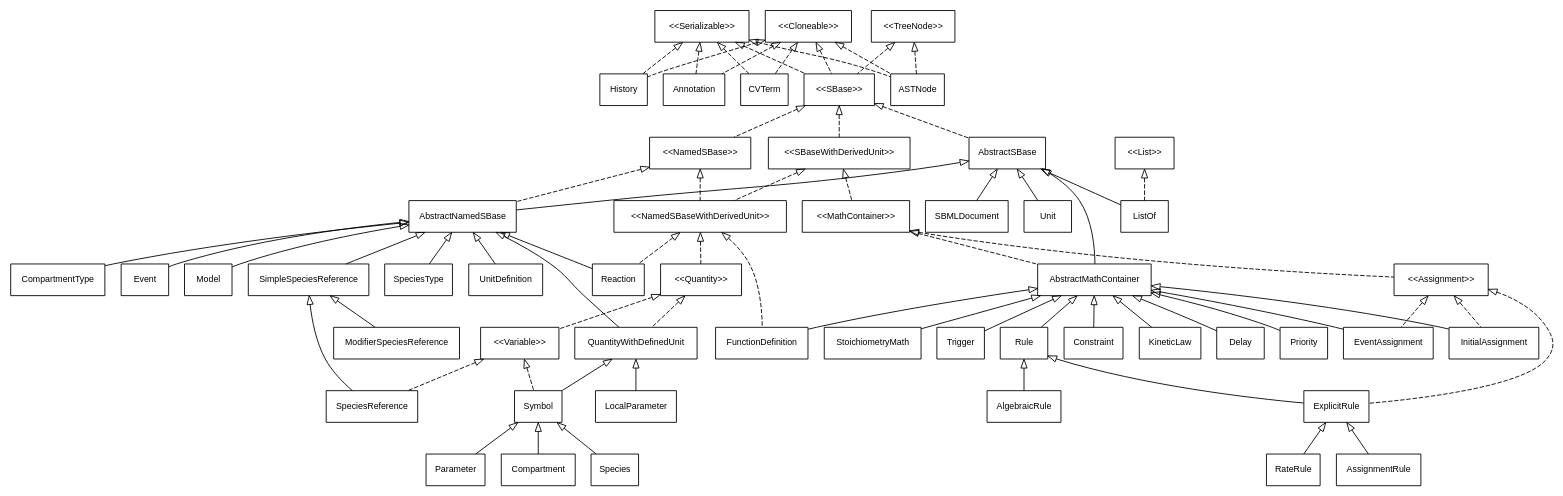
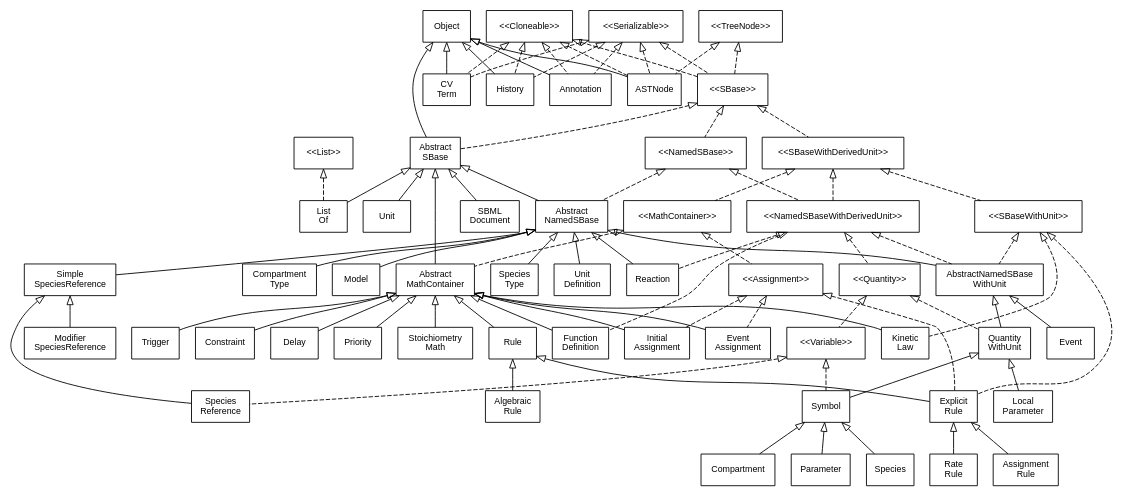
One commit to sbmlteam/jsbml changed the diagram in doc/FullTypeHierarchy.dot. Above: the diagram before and after it, drawn with Graphviz. The commit also changed 25 other files, not shown here.

```diff
--- a/doc/FullTypeHierarchy.dot
+++ b/doc/FullTypeHierarchy.dot
@@ -19,126 +19,157 @@
 	    fontsize=10,
 	    shape=box
 	  ];
+
+  /*
+   * Interfaces
+   */
+     
+  Assignment                               [label="<<Assignment>>"];
+  Cloneable                                [label="<<Cloneable>>"];
+  List                                     [label="<<List>>"];
+  MathContainer                            [label="<<MathContainer>>"];
+  NamedSBase                               [label="<<NamedSBase>>"];
+  NamedSBaseWithDerivedUnit                [label="<<NamedSBaseWithDerivedUnit>>"];
+  Quantity                                 [label="<<Quantity>>"];
+  SBaseWithDerivedUnit                     [label="<<SBaseWithDerivedUnit>>"];
+  SBaseWithUnit                            [label="<<SBaseWithUnit>>"];
+  SBase                                    [label="<<SBase>>"];
+  Serializable                             [label="<<Serializable>>"];
+  TreeNode                                 [label="<<TreeNode>>"];
+  Variable                                 [label="<<Variable>>"];
   
-  Cloneable                 [label="<<Cloneable>>"];
-  Serializable              [label="<<Serializable>>"];
-  TreeNode                  [label="<<TreeNode>>"];
-  ASTNode                   [label="ASTNode"];
-  Annotation                [label="Annotation"];
-  CVTerm                    [label="CVTerm"];
-  History                   [label="History"];
-  SBase                     [label="<<SBase>>"];
-  namedSBase                [label="<<NamedSBase>>"];
-  NamedSBaseWithDerivedUnit [label="<<NamedSBaseWithDerivedUnit>>"];
-  MathContainer             [label="<<MathContainer>>"];
-  Assignment                [label="<<Assignment>>"];
-  AbstractMathContainer     [label="AbstractMathContainer"];
-  AbstractNamedSBase        [label="AbstractNamedSBase"];
-  FunctionDefinition        [label=FunctionDefinition];
-  AbstractSBase             [label="AbstractSBase"];
-  ListOf                    [label="ListOf"];
-  List                      [label="<<List>>"];
-  Rule                      [label="Rule"];
-  Constraint                [label="Constraint"];
-  AlgebraicRule             [label="AlgebraicRule"];
-  ExplicitRule              [label="ExplicitRule"];
-  AssignmentRule            [label="AssignmentRule"];
-  KineticLaw                [label="KineticLaw"];
-  SBMLDocument              [label="SBMLDocument"];
-  Unit                      [label="Unit"];
-  Delay                     [label="Delay"];
-  Reaction                  [label="Reaction"];
-  Priority                  [label="Priority"];
-  RateRule                  [label="RateRule"];
-  CompartmentType           [label="CompartmentType"];
-  Event                     [label="Event"];
-  EventAssignment           [label="EventAssignment"];
-  Model                     [label="Model"];
-  SimpleSpeciesReference    [label="SimpleSpeciesReference"];
-  SpeciesType               [label="SpeciesType"];
-  InitialAssignment         [label="InitialAssignment"];
-  UnitDefinition            [label="UnitDefinition"];
-  StoichiometryMath         [label="StoichiometryMath"];
-  Delay                     [label="Delay"];
-  SpeciesReference          [label="SpeciesReference"];
-  ModifierSpeciesReference  [label="ModifierSpeciesReference"];
-  QuantityWithDefinedUnit   [label="QuantityWithDefinedUnit"];
-  Quantity                  [label="<<Quantity>>"];
-  SBaseWithDerivedUnit      [label="<<SBaseWithDerivedUnit>>"];
-  Variable                  [label="<<Variable>>"];
-  Symbol                    [label="Symbol"];
-  Parameter                 [label="Parameter"];
-  Compartment               [label="Compartment"];
-  Species                   [label="Species"];
-  LocalParameter            [label="LocalParameter"];
-  Trigger                   [label="Trigger"];
+  /*
+   * Abstract data types
+   */
   
+  AbstractMathContainer                    [label="Abstract\nMathContainer"];
+  AbstractNamedSBase                       [label="Abstract\nNamedSBase"];
+  AbstractNamedSBaseWithUnit                    [label="AbstractNamedSBase\nWithUnit"];
+  AbstractSBase                            [label="Abstract\nSBase"];
+  ExplicitRule                             [label="Explicit\nRule"];
+  Rule                                     [label="Rule"];
+  SimpleSpeciesReference                   [label="Simple\nSpeciesReference"];
+  QuantityWithUnit                         [label="Quantity\nWithUnit"];
+  Symbol                                   [label="Symbol"];
 
-  Cloneable                 -> SBase                     [dir=back,arrowtail=empty,style=dashed];
-  Cloneable                 -> ASTNode                   [dir=back,arrowtail=empty,style=dashed];
-  Cloneable                 -> History                   [dir=back,arrowtail=empty,style=dashed];
-  Cloneable                 -> CVTerm                    [dir=back,arrowtail=empty,style=dashed];
-  Cloneable                 -> Annotation                [dir=back,arrowtail=empty,style=dashed];
-  Serializable              -> SBase                     [dir=back,arrowtail=empty,style=dashed];
-  Serializable              -> History                   [dir=back,arrowtail=empty,style=dashed];
-  Serializable              -> CVTerm                    [dir=back,arrowtail=empty,style=dashed];
-  Serializable              -> Annotation                [dir=back,arrowtail=empty,style=dashed];
-  Serializable              -> ASTNode                   [dir=back,arrowtail=empty,style=dashed];
-  TreeNode                  -> SBase                     [dir=back,arrowtail=empty,style=dashed];
-  TreeNode                  -> ASTNode                   [dir=back,arrowtail=empty,style=dashed];
-  SBase                     -> namedSBase                [dir=back,arrowtail=empty,style=dashed];
-  SBase                     -> SBaseWithDerivedUnit      [dir=back,arrowtail=empty,style=dashed];
-  SBaseWithDerivedUnit      -> MathContainer             [dir=back,arrowtail=empty,style=dashed];
-  SBaseWithDerivedUnit      -> NamedSBaseWithDerivedUnit [dir=back,arrowtail=empty,style=dashed];
-  MathContainer             -> AbstractMathContainer     [dir=back,arrowtail=empty,style=dashed];
-  MathContainer             -> Assignment                [dir=back,arrowtail=empty,style=dashed];
-  AbstractMathContainer     -> FunctionDefinition        [dir=back,arrowtail=empty];
-  AbstractMathContainer     -> KineticLaw                [dir=back,arrowtail=empty];
-  SBase                     -> AbstractSBase             [dir=back,arrowtail=empty,style=dashed];
-  AbstractSBase             -> AbstractNamedSBase        [dir=back,arrowtail=empty];
-  namedSBase                -> AbstractNamedSBase        [dir=back,arrowtail=empty,style=dashed];
-  AbstractNamedSBase        -> Reaction                  [dir=back,arrowtail=empty];
-  AbstractSBase             -> ListOf                    [dir=back,arrowtail=empty];
-  List                      -> ListOf                    [dir=back,arrowtail=empty,style=dashed];
-  AbstractSBase             -> SBMLDocument              [dir=back,arrowtail=empty];
-  AbstractSBase             -> Unit                      [dir=back,arrowtail=empty];
-  AbstractSBase             -> AbstractMathContainer     [dir=back,arrowtail=empty];
-  AbstractMathContainer     -> Constraint                [dir=back,arrowtail=empty];
-  AbstractMathContainer     -> Delay                     [dir=back,arrowtail=empty];
-  AbstractMathContainer     -> EventAssignment           [dir=back,arrowtail=empty];
-  AbstractMathContainer     -> InitialAssignment         [dir=back,arrowtail=empty];
-  AbstractMathContainer     -> KineticLaw                [dir=back,arrowtail=empty];
-  AbstractMathContainer     -> Rule                      [dir=back,arrowtail=empty];
-  AbstractMathContainer     -> StoichiometryMath         [dir=back,arrowtail=empty];
-  AbstractMathContainer     -> Trigger                   [dir=back,arrowtail=empty];
-  AbstractMathContainer     -> Priority                  [dir=back,arrowtail=empty];
-  Rule                      -> AlgebraicRule             [dir=back,arrowtail=empty];
-  Rule                      -> ExplicitRule              [dir=back,arrowtail=empty];
-  ExplicitRule              -> AssignmentRule            [dir=back,arrowtail=empty];
-  ExplicitRule              -> RateRule                  [dir=back,arrowtail=empty];
-  Assignment                -> ExplicitRule              [dir=back,arrowtail=empty,style=dashed];
-  Assignment                -> InitialAssignment         [dir=back,arrowtail=empty,style=dashed];
-  Assignment                -> EventAssignment           [dir=back,arrowtail=empty,style=dashed];
-  AbstractNamedSBase        -> CompartmentType           [dir=back,arrowtail=empty];
-  AbstractNamedSBase        -> Event                     [dir=back,arrowtail=empty];
-  AbstractNamedSBase        -> Model                     [dir=back,arrowtail=empty];
-  AbstractNamedSBase        -> SimpleSpeciesReference    [dir=back,arrowtail=empty];
-  AbstractNamedSBase        -> SpeciesType               [dir=back,arrowtail=empty];
-  AbstractNamedSBase        -> UnitDefinition            [dir=back,arrowtail=empty];
-  SimpleSpeciesReference    -> SpeciesReference          [dir=back,arrowtail=empty];
-  SimpleSpeciesReference    -> ModifierSpeciesReference  [dir=back,arrowtail=empty];
-  Quantity                  -> QuantityWithDefinedUnit   [dir=back,arrowtail=empty,style=dashed];
-  Quantity                  -> Variable                  [dir=back,arrowtail=empty,style=dashed];
-  Variable                  -> Symbol                    [dir=back,arrowtail=empty,style=dashed];
-  QuantityWithDefinedUnit   -> Symbol                    [dir=back,arrowtail=empty];
-  Symbol                    -> Compartment               [dir=back,arrowtail=empty];
-  Symbol                    -> Species                   [dir=back,arrowtail=empty];
-  Symbol                    -> Parameter                 [dir=back,arrowtail=empty];
-  Variable                  -> SpeciesReference          [dir=back,arrowtail=empty,style=dashed];
-  QuantityWithDefinedUnit   -> LocalParameter            [dir=back,arrowtail=empty];
-  AbstractNamedSBase        -> QuantityWithDefinedUnit   [dir=back,arrowtail=empty];
-  namedSBase                -> NamedSBaseWithDerivedUnit [dir=back,arrowtail=empty,style=dashed];
-  NamedSBaseWithDerivedUnit -> Quantity                  [dir=back,arrowtail=empty,style=dashed];
-  NamedSBaseWithDerivedUnit -> Reaction                  [dir=back,arrowtail=empty,style=dashed];
-  NamedSBaseWithDerivedUnit -> FunctionDefinition        [dir=back,arrowtail=empty,style=dashed];
+  /*
+   * Objects
+   */
+   
+  AlgebraicRule                            [label="Algebraic\nRule"];
+  Annotation                               [label="Annotation"];
+  AssignmentRule                           [label="Assignment\nRule"];
+  ASTNode                                  [label="ASTNode"];
+  Compartment                              [label="Compartment"];
+  CompartmentType                          [label="Compartment\nType"];
+  Constraint                               [label="Constraint"];
+  CVTerm                                   [label="CV\nTerm"];
+  Delay                                    [label="Delay"];
+  Event                                    [label="Event"];
+  EventAssignment                          [label="Event\nAssignment"];
+  FunctionDefinition                       [label="Function\nDefinition"];
+  History                                  [label="History"];
+  InitialAssignment                        [label="Initial\nAssignment"];
+  KineticLaw                               [label="Kinetic\nLaw"];
+  ListOf                                   [label="List\nOf"];
+  LocalParameter                           [label="Local\nParameter"];
+  Model                                    [label="Model"];
+  ModifierSpeciesReference                 [label="Modifier\nSpeciesReference"];
+  Object                                   [label="Object"];
+  Parameter                                [label="Parameter"];
+  Priority                                 [label="Priority"];
+  RateRule                                 [label="Rate\nRule"];
+  Reaction                                 [label="Reaction"];
+  SBMLDocument                             [label="SBML\nDocument"];
+  Species                                  [label="Species"];
+  SpeciesReference                         [label="Species\nReference"];
+  SpeciesType                              [label="Species\nType"];
+  StoichiometryMath                        [label="Stoichiometry\nMath"];
+  Trigger                                  [label="Trigger"];
+  Unit                                     [label="Unit"];
+  UnitDefinition                           [label="Unit\nDefinition"];
+  
+  /*
+   * Inheritance
+   */  
+
+  AbstractNamedSBase         -> Reaction                   [dir=back,arrowtail=empty];
+  AbstractNamedSBase         -> CompartmentType            [dir=back,arrowtail=empty];
+  AbstractNamedSBase         -> Model                      [dir=back,arrowtail=empty];
+  AbstractNamedSBase         -> SimpleSpeciesReference     [dir=back,arrowtail=empty];
+  AbstractNamedSBase         -> SpeciesType                [dir=back,arrowtail=empty];
+  AbstractNamedSBase         -> UnitDefinition             [dir=back,arrowtail=empty];
+  AbstractNamedSBase         -> AbstractNamedSBaseWithUnit [dir=back,arrowtail=empty];
+  AbstractNamedSBaseWithUnit -> Event                      [dir=back,arrowtail=empty];
+  AbstractNamedSBaseWithUnit -> QuantityWithUnit           [dir=back,arrowtail=empty];
+  AbstractSBase              -> SBMLDocument               [dir=back,arrowtail=empty];
+  AbstractSBase              -> Unit                       [dir=back,arrowtail=empty];
+  AbstractSBase              -> AbstractMathContainer      [dir=back,arrowtail=empty];
+  AbstractSBase              -> AbstractNamedSBase         [dir=back,arrowtail=empty];
+  AbstractSBase              -> ListOf                     [dir=back,arrowtail=empty];
+  AbstractMathContainer      -> Constraint                 [dir=back,arrowtail=empty];
+  AbstractMathContainer      -> Delay                      [dir=back,arrowtail=empty];
+  AbstractMathContainer      -> EventAssignment            [dir=back,arrowtail=empty];
+  AbstractMathContainer      -> InitialAssignment          [dir=back,arrowtail=empty];
+  AbstractMathContainer      -> KineticLaw                 [dir=back,arrowtail=empty];
+  AbstractMathContainer      -> Rule                       [dir=back,arrowtail=empty];
+  AbstractMathContainer      -> StoichiometryMath          [dir=back,arrowtail=empty];
+  AbstractMathContainer      -> Trigger                    [dir=back,arrowtail=empty];
+  AbstractMathContainer      -> Priority                   [dir=back,arrowtail=empty];
+  AbstractMathContainer      -> FunctionDefinition         [dir=back,arrowtail=empty];
+  AbstractMathContainer      -> KineticLaw                 [dir=back,arrowtail=empty];
+  Assignment                 -> ExplicitRule               [dir=back,arrowtail=empty,style=dashed];
+  Assignment                 -> InitialAssignment          [dir=back,arrowtail=empty,style=dashed];
+  Assignment                 -> EventAssignment            [dir=back,arrowtail=empty,style=dashed];
+  Cloneable                  -> SBase                      [dir=back,arrowtail=empty,style=dashed];
+  Cloneable                  -> ASTNode                    [dir=back,arrowtail=empty,style=dashed];
+  Cloneable                  -> History                    [dir=back,arrowtail=empty,style=dashed];
+  Cloneable                  -> CVTerm                     [dir=back,arrowtail=empty,style=dashed];
+  Cloneable                  -> Annotation                 [dir=back,arrowtail=empty,style=dashed];
+  ExplicitRule               -> AssignmentRule             [dir=back,arrowtail=empty];
+  ExplicitRule               -> RateRule                   [dir=back,arrowtail=empty];
+  List                       -> ListOf                     [dir=back,arrowtail=empty,style=dashed];
+  MathContainer              -> AbstractMathContainer      [dir=back,arrowtail=empty,style=dashed];
+  MathContainer              -> Assignment                 [dir=back,arrowtail=empty,style=dashed];
+  NamedSBase                 -> AbstractNamedSBase         [dir=back,arrowtail=empty,style=dashed];
+  NamedSBase                 -> NamedSBaseWithDerivedUnit  [dir=back,arrowtail=empty,style=dashed];
+  NamedSBaseWithDerivedUnit  -> AbstractNamedSBaseWithUnit [dir=back,arrowtail=empty,style=dashed];
+  NamedSBaseWithDerivedUnit  -> Quantity                   [dir=back,arrowtail=empty,style=dashed];
+  NamedSBaseWithDerivedUnit  -> Reaction                   [dir=back,arrowtail=empty,style=dashed];
+  NamedSBaseWithDerivedUnit  -> FunctionDefinition         [dir=back,arrowtail=empty,style=dashed];
+  Object                     -> History                    [dir=back,arrowtail=empty];
+  Object                     -> Annotation                 [dir=back,arrowtail=empty];
+  Object                     -> CVTerm                     [dir=back,arrowtail=empty];
+  Object                     -> ASTNode                    [dir=back,arrowtail=empty];
+  Object                     -> AbstractSBase              [dir=back,arrowtail=empty];
+  Quantity                   -> QuantityWithUnit           [dir=back,arrowtail=empty,style=dashed];
+  Quantity                   -> Variable                   [dir=back,arrowtail=empty,style=dashed];
+  QuantityWithUnit           -> Symbol                     [dir=back,arrowtail=empty];
+  QuantityWithUnit           -> LocalParameter             [dir=back,arrowtail=empty];
+  Rule                       -> AlgebraicRule              [dir=back,arrowtail=empty];
+  Rule                       -> ExplicitRule               [dir=back,arrowtail=empty];
+  SBase                      -> NamedSBase                 [dir=back,arrowtail=empty,style=dashed];
+  SBase                      -> SBaseWithDerivedUnit       [dir=back,arrowtail=empty,style=dashed];
+  SBase                      -> AbstractSBase              [dir=back,arrowtail=empty,style=dashed];
+  SBaseWithDerivedUnit       -> MathContainer              [dir=back,arrowtail=empty,style=dashed];
+  SBaseWithDerivedUnit       -> NamedSBaseWithDerivedUnit  [dir=back,arrowtail=empty,style=dashed];
+  SBaseWithDerivedUnit       -> SBaseWithUnit              [dir=back,arrowtail=empty,style=dashed];
+  SBaseWithUnit              -> AbstractNamedSBaseWithUnit [dir=back,arrowtail=empty,style=dashed];
+  SBaseWithUnit              -> ExplicitRule               [dir=back,arrowtail=empty,style=dashed];
+  SBaseWithUnit              -> KineticLaw                 [dir=back,arrowtail=empty,style=dashed];
+  SimpleSpeciesReference     -> SpeciesReference           [dir=back,arrowtail=empty];
+  SimpleSpeciesReference     -> ModifierSpeciesReference   [dir=back,arrowtail=empty];
+  Serializable               -> SBase                      [dir=back,arrowtail=empty,style=dashed];
+  Serializable               -> History                    [dir=back,arrowtail=empty,style=dashed];
+  Serializable               -> CVTerm                     [dir=back,arrowtail=empty,style=dashed];
+  Serializable               -> Annotation                 [dir=back,arrowtail=empty,style=dashed];
+  Serializable               -> ASTNode                    [dir=back,arrowtail=empty,style=dashed];
+  Symbol                     -> Compartment                [dir=back,arrowtail=empty];
+  Symbol                     -> Species                    [dir=back,arrowtail=empty];
+  Symbol                     -> Parameter                  [dir=back,arrowtail=empty];
+  TreeNode                   -> SBase                      [dir=back,arrowtail=empty,style=dashed];
+  TreeNode                   -> ASTNode                    [dir=back,arrowtail=empty,style=dashed];
+  Variable                   -> Symbol                     [dir=back,arrowtail=empty,style=dashed];
+  Variable                   -> SpeciesReference           [dir=back,arrowtail=empty,style=dashed];
+  
 }
```
